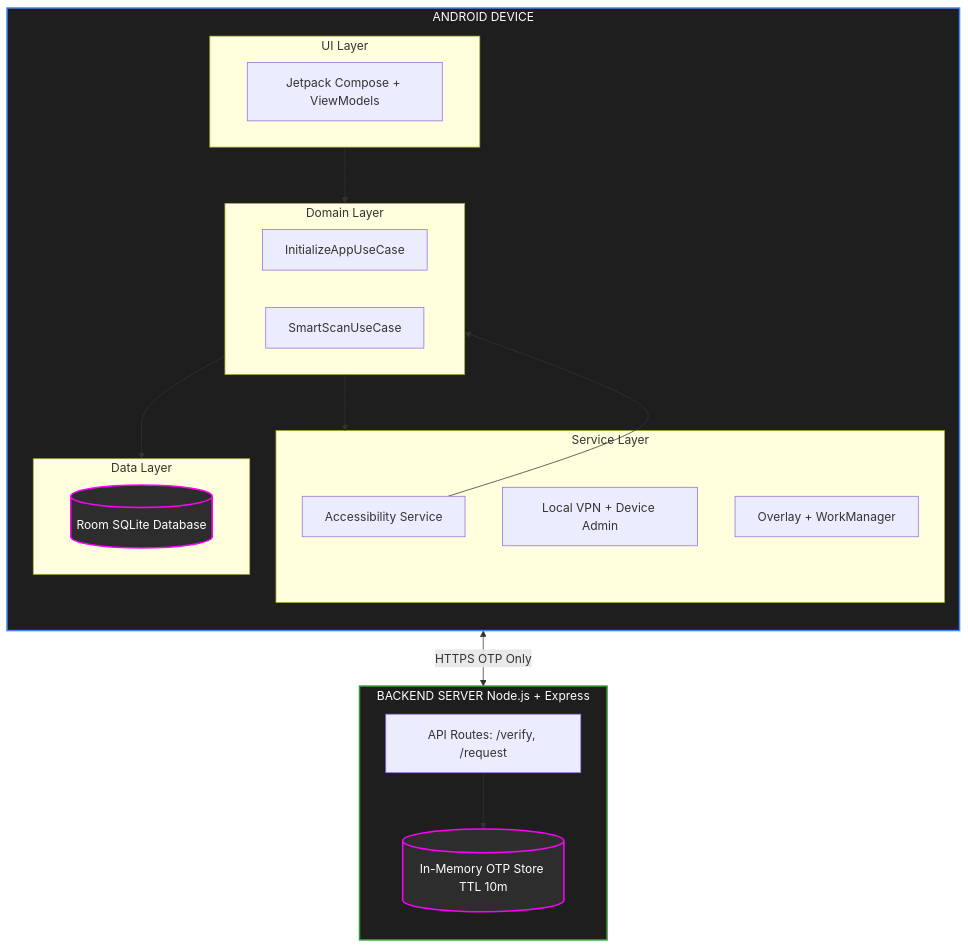
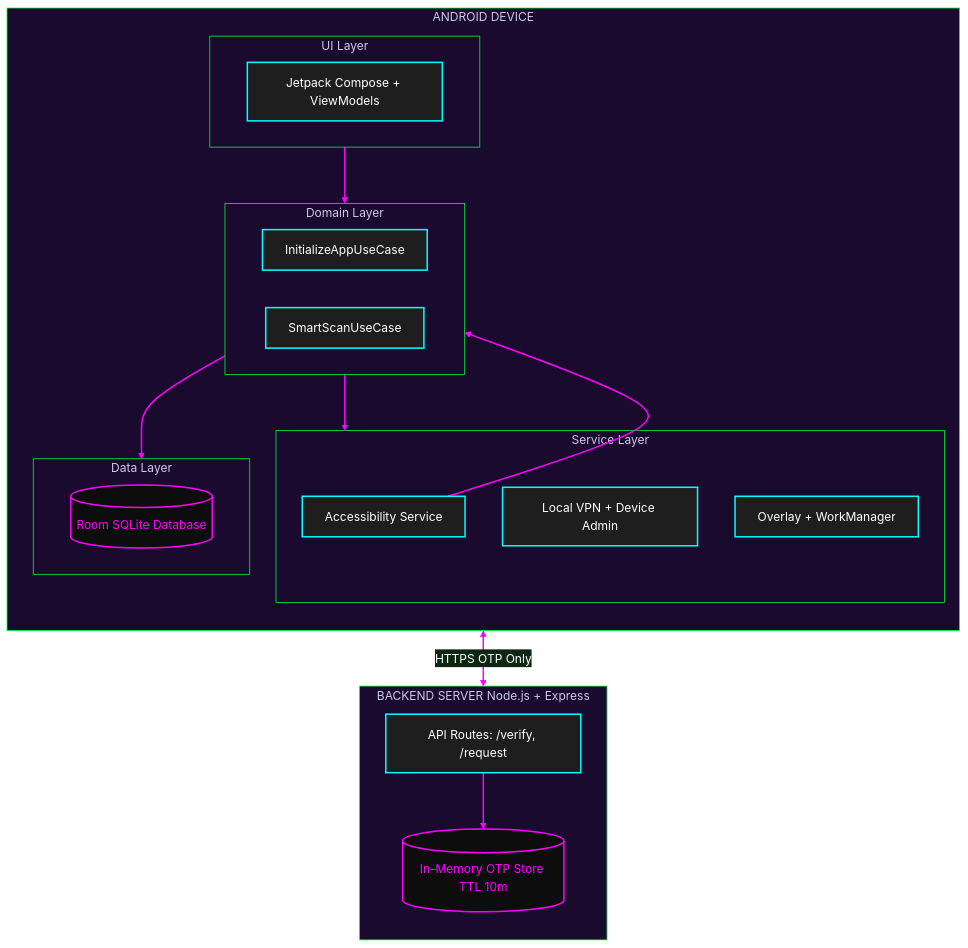
The third of 3 diagrams in README.md (Harshal-S-Bhoyar/FocuseLocker), drawn with Mermaid before and after one commit. The commit also changed other lines of this file, not shown here.

Commit message:
docs: Cyberpunk theme overhaul and standard heading cleanup for README.md

````diff
--- a/README.md
+++ b/README.md
@@ -167,48 +177,50 @@
 ```mermaid
 flowchart TB
+    %% Cyberpunk Theme Styling
+    %%{init: {'theme': 'base', 'themeVariables': { 'background': '#050510', 'primaryColor': '#110D26', 'primaryBorderColor': '#00FFFF', 'primaryTextColor': '#FFFFFF', 'lineColor': '#FF0055', 'clusterBkg': '#1A0B2E', 'clusterBorder': '#00FF41' }}}%%
+
     subgraph Device [ANDROID DEVICE]
         direction TB
         
         subgraph UI [UI Layer]
             Compose[Jetpack Compose + ViewModels]
         end
         
         subgraph Services [Service Layer]
             Access[Accessibility Service]
             VPN[Local VPN + Device Admin]
             Overlay[Overlay + WorkManager]
         end
         
         subgraph Domain [Domain Layer]
             direction LR
             Init[InitializeAppUseCase]
             Scan[SmartScanUseCase]
         end
         
         subgraph Data [Data Layer]
             Room[(Room SQLite Database)]
         end
         
         UI --> Domain
         Access --> Domain
         Domain --> Data
         Domain --> Services
     end
     
     subgraph Backend [BACKEND SERVER Node.js + Express]
         direction TB
         Routes[API Routes: /verify, /request]
         Memory[(In-Memory OTP Store TTL 10m)]
         Routes --> Memory
     end
     
     Device <-->|HTTPS OTP Only| Backend
     
-    classDef device fill:#1E1E1E,stroke:#4285F4,stroke-width:2px,color:#FFF
-    classDef backend fill:#1E1E1E,stroke:#339933,stroke-width:2px,color:#FFF
-    classDef database fill:#2D2D2D,stroke:#FF00FF,stroke-width:2px,color:#FFF
+    classDef default fill:#1E1E1E,stroke:#00FFFF,stroke-width:2px,color:#FFFFFF
+    classDef database fill:#0D0D0D,stroke:#FF00FF,stroke-width:2px,color:#FF00FF
     
-    class Device device
-    class Backend backend
     class Room,Memory database
+    
+    linkStyle default stroke:#FF00FF,stroke-width:2px;
 ```
````
